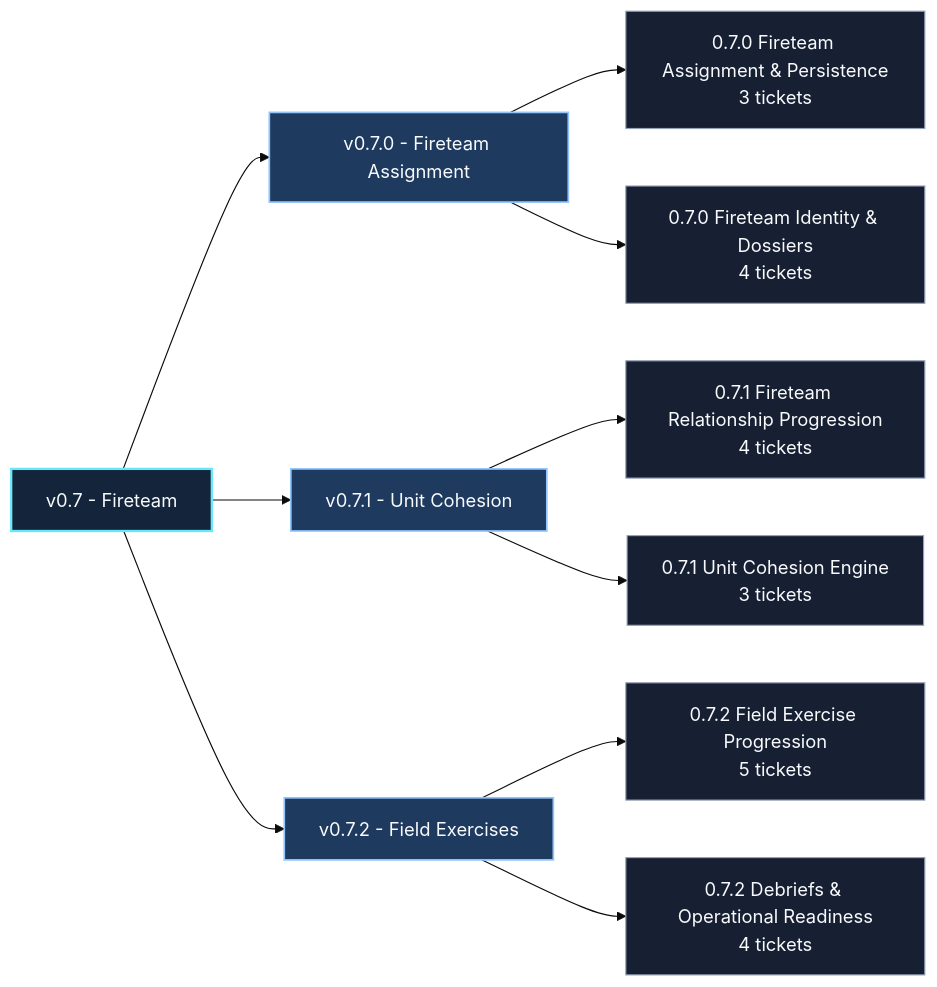
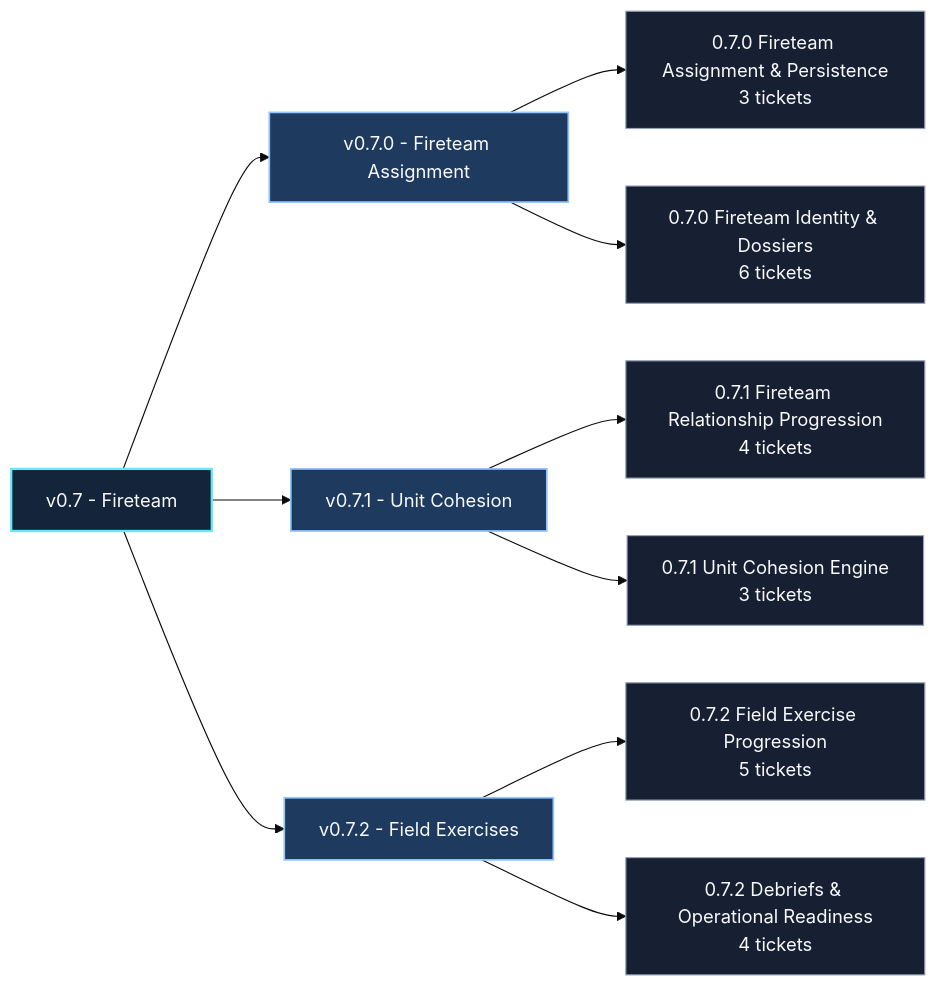
Before and after one commit to aclopezshaw/spartan-command-center: the third of 6 diagrams in docs/PRODUCT_ARCHITECTURE_MAP.md, drawn with Mermaid (base theme). The commit also changed other lines of this file, not shown here.

````diff
--- a/docs/PRODUCT_ARCHITECTURE_MAP.md
+++ b/docs/PRODUCT_ARCHITECTURE_MAP.md
@@ -60,24 +61,24 @@
 ```mermaid
 flowchart LR
     M07["v0.7 - Fireteam"]
 
     M07 --> R070["v0.7.0 - Fireteam Assignment"]
     M07 --> R071["v0.7.1 - Unit Cohesion"]
     M07 --> R072["v0.7.2 - Field Exercises"]
 
     R070 --> E070A["0.7.0 Fireteam Assignment & Persistence<br/>3 tickets"]
-    R070 --> E070B["0.7.0 Fireteam Identity & Dossiers<br/>4 tickets"]
+    R070 --> E070B["0.7.0 Fireteam Identity & Dossiers<br/>6 tickets"]
 
     R071 --> E071A["0.7.1 Fireteam Relationship Progression<br/>4 tickets"]
     R071 --> E071B["0.7.1 Unit Cohesion Engine<br/>3 tickets"]
 
     R072 --> E072A["0.7.2 Field Exercise Progression<br/>5 tickets"]
     R072 --> E072B["0.7.2 Debriefs & Operational Readiness<br/>4 tickets"]
 
     classDef milestone fill:#14243a,stroke:#67e8f9,color:#f8fafc,stroke-width:2px;
     classDef release fill:#1e3a5f,stroke:#93c5fd,color:#f8fafc,stroke-width:1.5px;
     classDef epic fill:#172033,stroke:#94a3b8,color:#f8fafc;
     class M07 milestone;
     class R070,R071,R072 release;
     class E070A,E070B,E071A,E071B,E072A,E072B epic;
 ```
````
